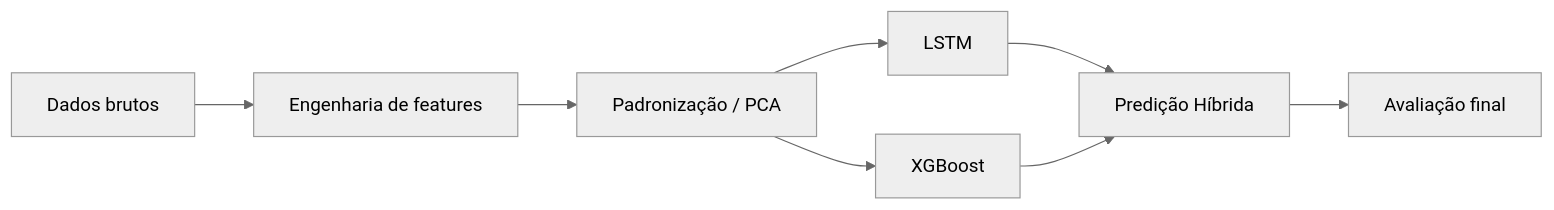
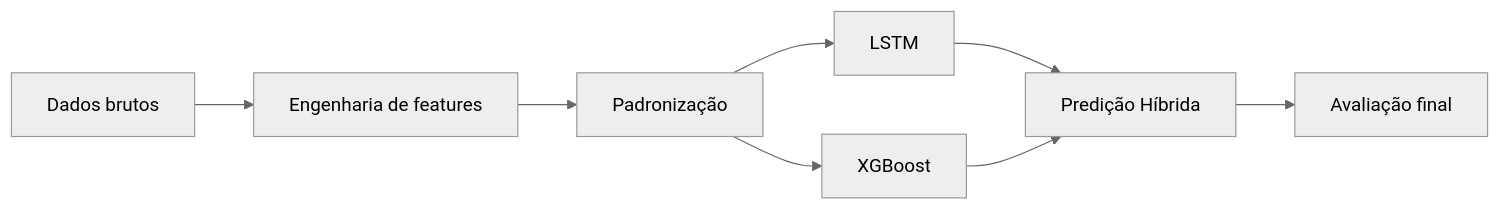
The diagram in README.md (tonetvs/RUL_Motores_Aeronauticos), drawn with Mermaid (neutral theme) before and after one commit. The commit also changed other lines of this file, not shown here.

````diff
--- a/README.md
+++ b/README.md
@@ -45,10 +45,10 @@
 ```mermaid
 flowchart LR
   A[Dados brutos] --> B[Engenharia de features]
-  B --> C[Padronização / PCA]
+  B --> C[Padronização]
   C --> D1[LSTM]
   C --> D2[XGBoost]
   D1 --> E[Predição Híbrida]
   D2 --> E
   E --> F[Avaliação final]
 ```
````
